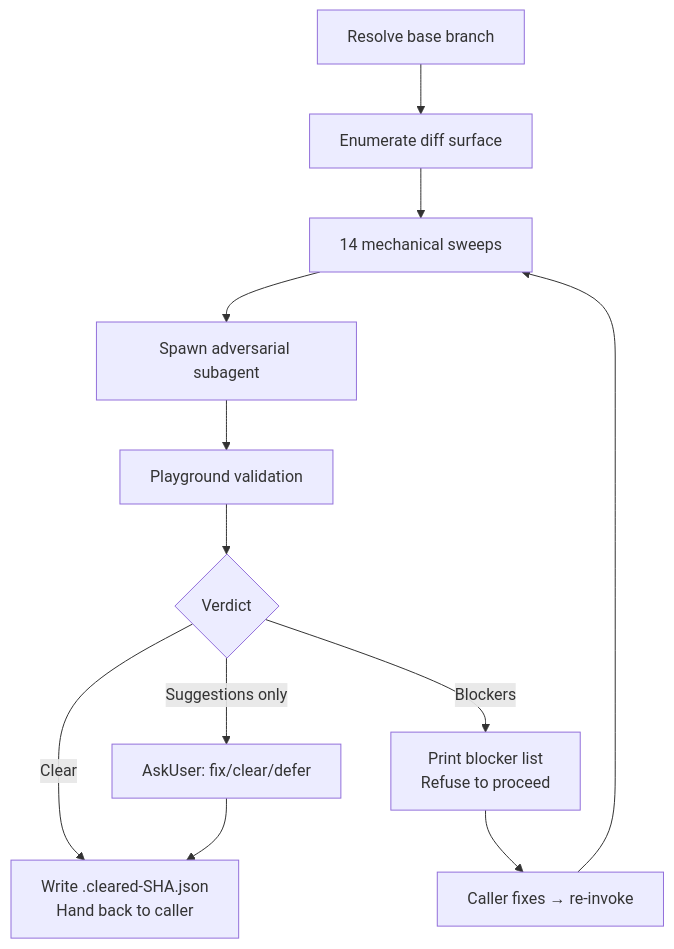
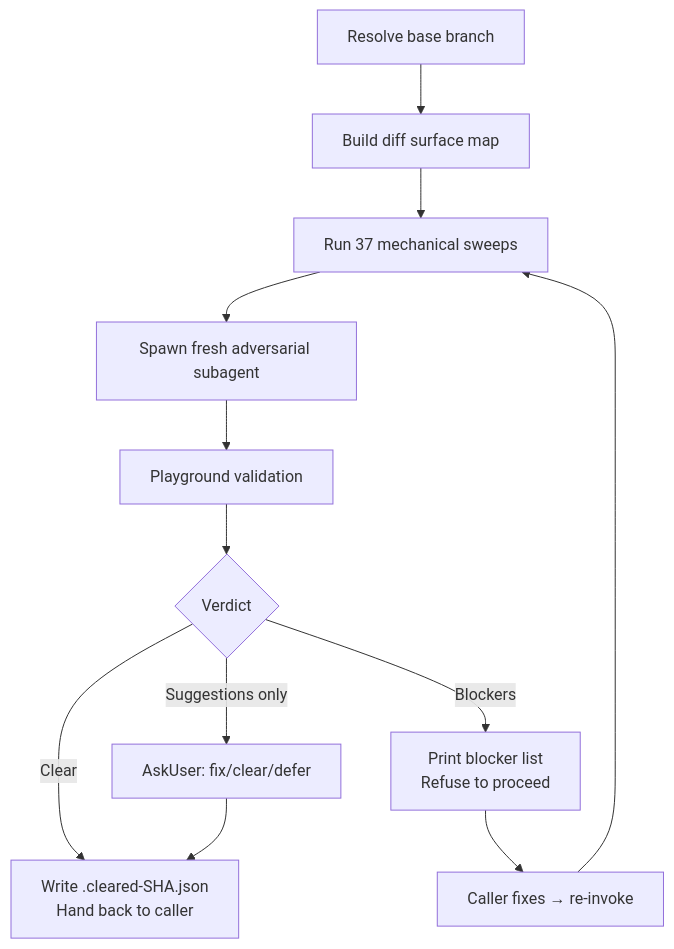
Before and after one commit to whizzzkid/skills: the diagram in skills/adversarial-review/README.md, drawn with Mermaid. The commit also changed other lines of this file and 161 other files, not shown here.

````diff
--- a/skills/adversarial-review/README.md
+++ b/skills/adversarial-review/README.md
@@ -16,14 +16,14 @@
 ```mermaid
 flowchart TD
-    A[Resolve base branch] --> B[Enumerate diff surface]
-    B --> C[14 mechanical sweeps]
-    C --> D[Spawn adversarial subagent]
+    A[Resolve base branch] --> B[Build diff surface map]
+    B --> C[Run 37 mechanical sweeps]
+    C --> D[Spawn fresh adversarial subagent]
     D --> E[Playground validation]
     E --> F{Verdict}
     F -->|Clear| G[Write .cleared-SHA.json<br/>Hand back to caller]
     F -->|Blockers| H[Print blocker list<br/>Refuse to proceed]
     F -->|Suggestions only| I[AskUser: fix/clear/defer]
     H --> J[Caller fixes → re-invoke]
     J --> C
     I --> G
 ```
````
